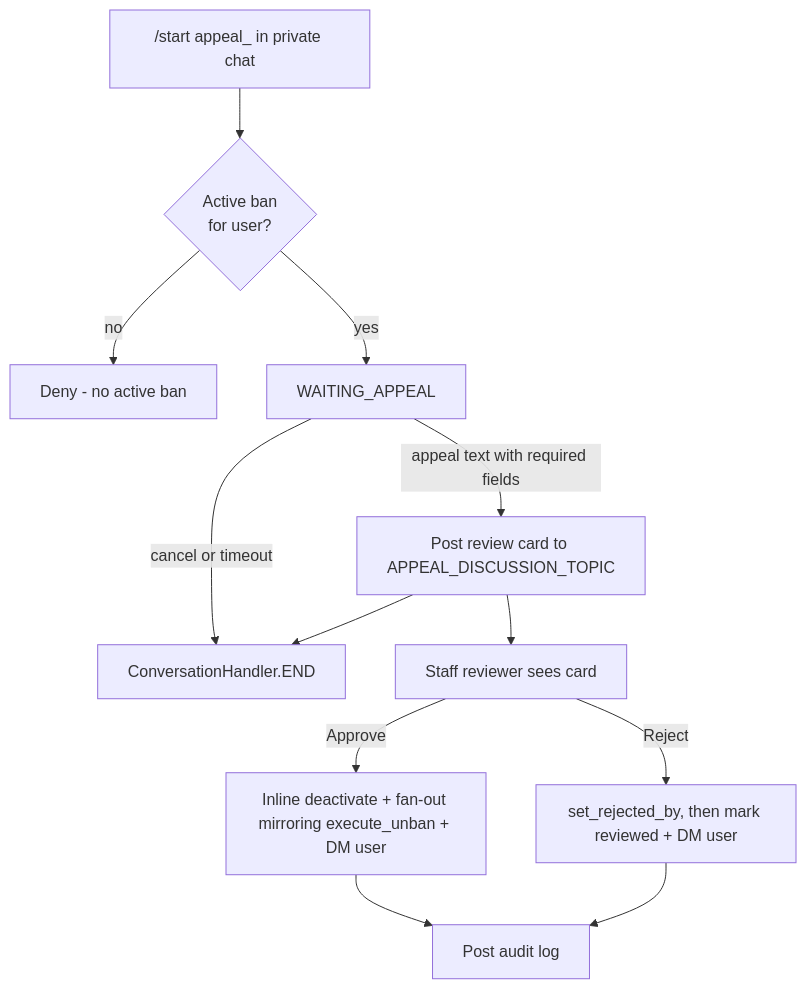
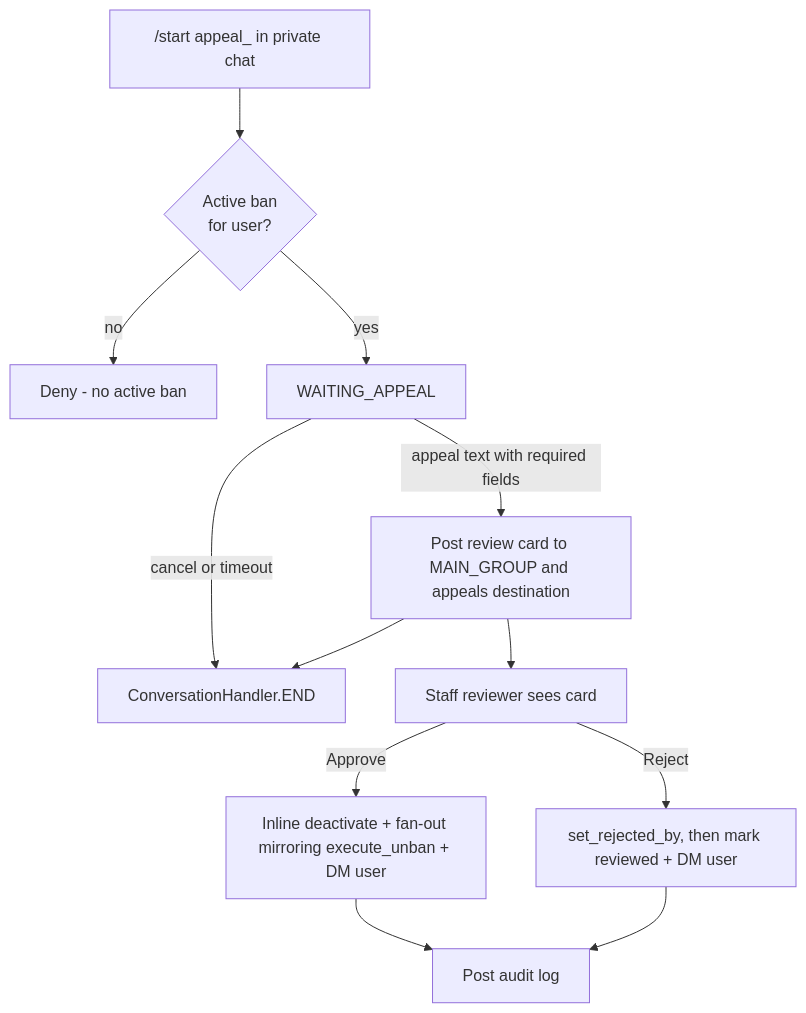
Before and after one commit to D1ZZY4/tcbot: the fourth of 4 diagrams in docs/architecture/workflows.md, drawn with Mermaid. The commit also changed other lines of this file and 20 other files, not shown here.

First line of the commit message:
refactor(appeals): simplify appeal config and split submission flow

````diff
--- a/docs/architecture/workflows.md
+++ b/docs/architecture/workflows.md
@@ -203,14 +203,14 @@
 ```mermaid
 flowchart TD
     Start["/start appeal_<ban_id> in private chat"] --> Check{Active ban\nfor user?}
     Check -->|no| Deny[Deny - no active ban]
     Check -->|yes| Wait[WAITING_APPEAL]
-    Wait -->|appeal text with required fields| Post[Post review card to APPEAL_DISCUSSION_TOPIC]
+    Wait -->|appeal text with required fields| Post[Post review card to MAIN_GROUP and appeals destination]
     Wait -->|cancel or timeout| End[ConversationHandler.END]
     Post --> End
     Post --> Review[Staff reviewer sees card]
     Review -->|Approve| Unban[Inline deactivate + fan-out mirroring execute_unban + DM user]
     Review -->|Reject| Reject[set_rejected_by, then mark reviewed + DM user]
     Unban --> LogChat[Post audit log]
     Reject --> LogChat
 ```
````
